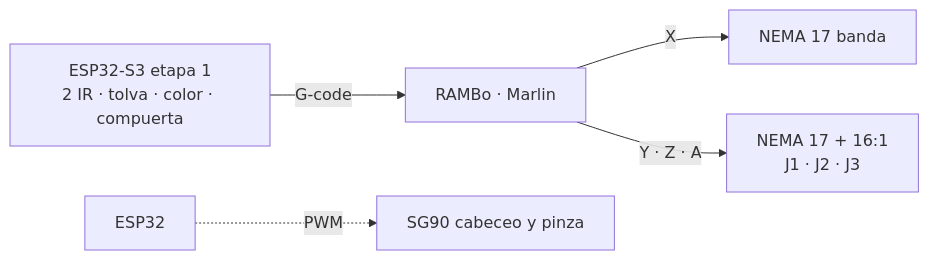
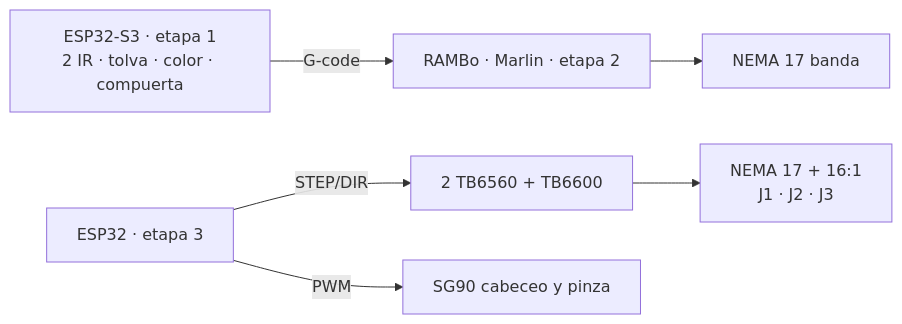
One commit to Johan-C777/coin-sorting-robot-pybullet changed the fifth of 6 diagrams in README.md. Above: the diagram before and after it, drawn with Mermaid. The commit also changed other lines of this file and 12 other files, not shown here.

Commit message:
Etapa 3: brazo con controlador propio (ESP32 y drivers TB6560/TB6600), comandos de control y video de la banda

````diff
--- a/README.md
+++ b/README.md
@@ -532,9 +532,9 @@
 ```mermaid
 flowchart LR
-    C["ESP32-S3 etapa 1<br/>2 IR · tolva · color · compuerta"]
-    R["RAMBo · Marlin"]
+    C["ESP32-S3 · etapa 1<br/>2 IR · tolva · color · compuerta"]
+    R["RAMBo · Marlin · etapa 2"]
     C -->|"G-code"| R
-    R -->|X| BA["NEMA 17 banda"]
-    R -->|"Y · Z · A"| BR["NEMA 17 + 16:1<br/>J1 · J2 · J3"]
-    E["ESP32"] -.->|PWM| SG["SG90 cabeceo y pinza"]
+    R --> BA["NEMA 17 banda"]
+    E["ESP32 · etapa 3"] -->|"STEP/DIR"| DR["2 TB6560 + TB6600"] --> BR["NEMA 17 + 16:1<br/>J1 · J2 · J3"]
+    E -->|PWM| SG["SG90 cabeceo y pinza"]
 ```
````
